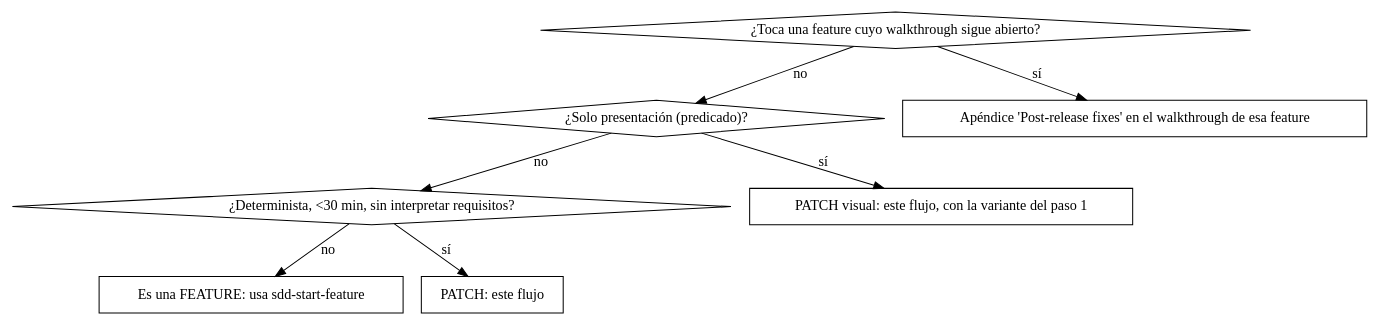
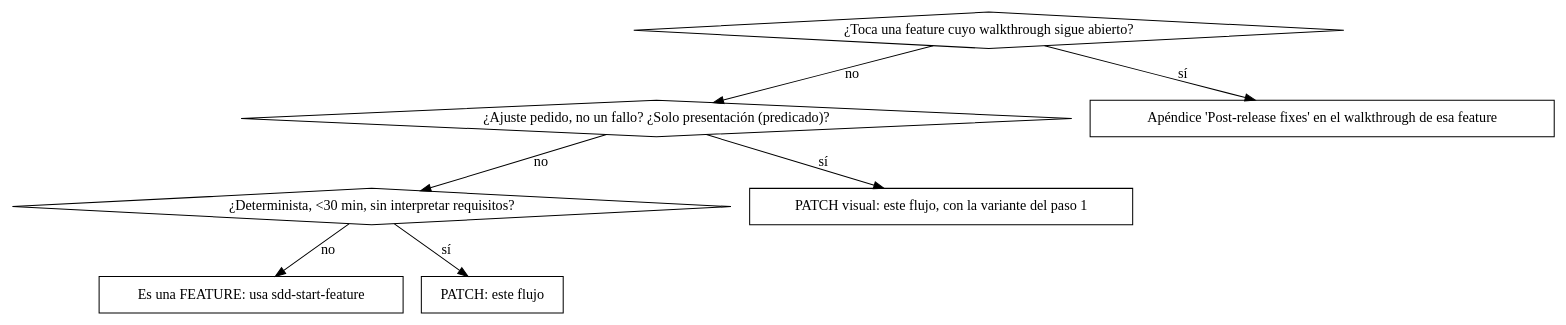
Before and after one commit to pikachumetal/sdd-kit: the diagram in skills/sdd-start-patch/SKILL.md, drawn with Graphviz. The commit also changed other lines of this file and 55 other files, not shown here.

First line of the commit message:
docs(0098): cerrar la feature 0098 del patch visual

````diff
--- a/skills/sdd-start-patch/SKILL.md
+++ b/skills/sdd-start-patch/SKILL.md
@@ -17,18 +17,18 @@
 ```dot
 digraph decision {
     "¿Toca una feature cuyo walkthrough sigue abierto?" [shape=diamond];
-    "¿Solo presentación (predicado)?" [shape=diamond];
+    "¿Ajuste pedido, no un fallo? ¿Solo presentación (predicado)?" [shape=diamond];
     "¿Determinista, <30 min, sin interpretar requisitos?" [shape=diamond];
     "PATCH visual: este flujo, con la variante del paso 1" [shape=box];
     "Apéndice 'Post-release fixes' en el walkthrough de esa feature" [shape=box];
     "Es una FEATURE: usa sdd-start-feature" [shape=box];
     "PATCH: este flujo" [shape=box];
 
     "¿Toca una feature cuyo walkthrough sigue abierto?" -> "Apéndice 'Post-release fixes' en el walkthrough de esa feature" [label="sí"];
-    "¿Toca una feature cuyo walkthrough sigue abierto?" -> "¿Solo presentación (predicado)?" [label="no"];
-    "¿Solo presentación (predicado)?" -> "PATCH visual: este flujo, con la variante del paso 1" [label="sí"];
-    "¿Solo presentación (predicado)?" -> "¿Determinista, <30 min, sin interpretar requisitos?" [label="no"];
+    "¿Toca una feature cuyo walkthrough sigue abierto?" -> "¿Ajuste pedido, no un fallo? ¿Solo presentación (predicado)?" [label="no"];
+    "¿Ajuste pedido, no un fallo? ¿Solo presentación (predicado)?" -> "PATCH visual: este flujo, con la variante del paso 1" [label="sí"];
+    "¿Ajuste pedido, no un fallo? ¿Solo presentación (predicado)?" -> "¿Determinista, <30 min, sin interpretar requisitos?" [label="no"];
     "¿Determinista, <30 min, sin interpretar requisitos?" -> "PATCH: este flujo" [label="sí"];
     "¿Determinista, <30 min, sin interpretar requisitos?" -> "Es una FEATURE: usa sdd-start-feature" [label="no"];
 }
 ```
````
